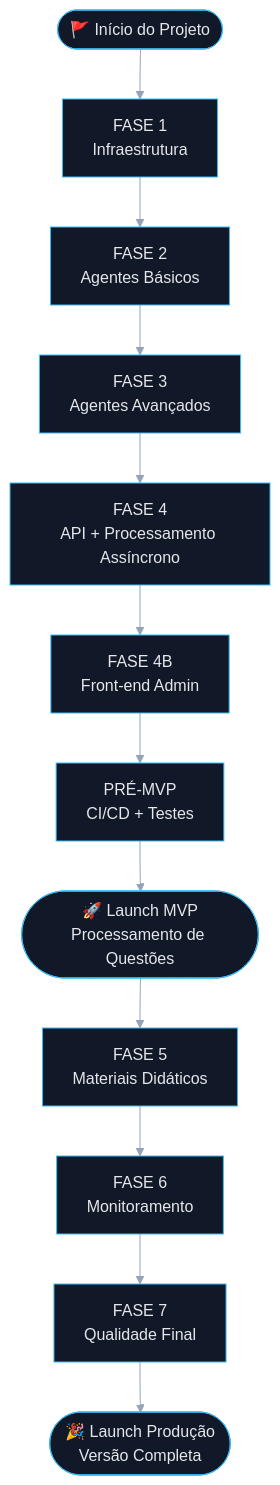
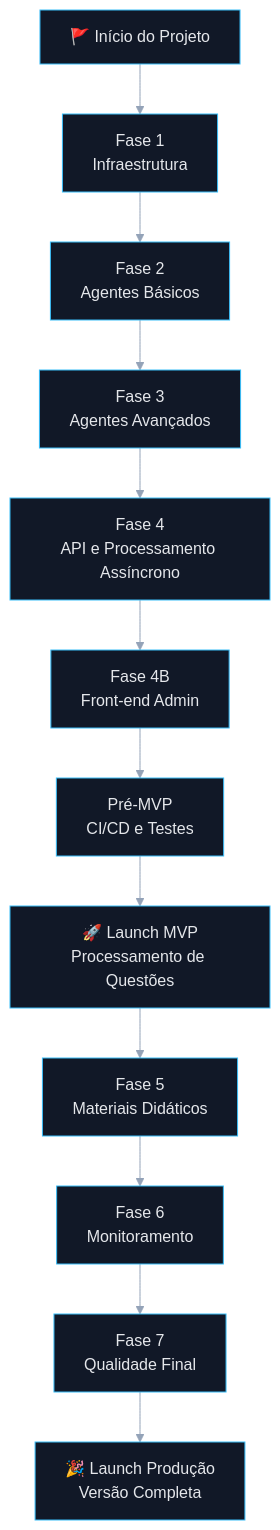
The first of 11 diagrams in README.md (matheusdiamantino-betalent/IA), drawn with Mermaid before and after one commit. The commit also changed other lines of this file, not shown here.

````diff
--- a/README.md
+++ b/README.md
@@ -102,42 +222,32 @@
 ```mermaid
 %%{init: {
   "theme": "base",
   "themeVariables": {
     "background": "#050816",
     "primaryColor": "#111827",
     "primaryTextColor": "#e5e7eb",
     "primaryBorderColor": "#38bdf8",
     "secondaryColor": "#0f172a",
     "secondaryTextColor": "#e5e7eb",
     "tertiaryColor": "#111827",
     "tertiaryTextColor": "#e5e7eb",
     "lineColor": "#94a3b8"
   }
 }}%%
 flowchart TD
-    START(["🚩 Início do Projeto"])
-    F1["FASE 1
-Infraestrutura"]
-    F2["FASE 2
-Agentes Básicos"]
-    F3["FASE 3
-Agentes Avançados"]
-    F4["FASE 4
-API + Processamento Assíncrono"]
-    F4B["FASE 4B
-Front-end Admin"]
-    PRE["PRÉ-MVP
-CI/CD + Testes"]
-    MVP(["🚀 Launch MVP
-Processamento de Questões"])
-    F5["FASE 5
-Materiais Didáticos"]
-    F6["FASE 6
-Monitoramento"]
-    F7["FASE 7
-Qualidade Final"]
-    PROD(["🎉 Launch Produção
-Versão Completa"])
+    START["🚩 Início do Projeto"]
+
+    F1["Fase 1<br/>Infraestrutura"]
+    F2["Fase 2<br/>Agentes Básicos"]
+    F3["Fase 3<br/>Agentes Avançados"]
+    F4["Fase 4<br/>API e Processamento Assíncrono"]
+    F4B["Fase 4B<br/>Front-end Admin"]
+    PRE["Pré-MVP<br/>CI/CD e Testes"]
+    MVP["🚀 Launch MVP<br/>Processamento de Questões"]
+    F5["Fase 5<br/>Materiais Didáticos"]
+    F6["Fase 6<br/>Monitoramento"]
+    F7["Fase 7<br/>Qualidade Final"]
+    PROD["🎉 Launch Produção<br/>Versão Completa"]
 
     START --> F1 --> F2 --> F3 --> F4 --> F4B --> PRE --> MVP --> F5 --> F6 --> F7 --> PROD
 ```
````
